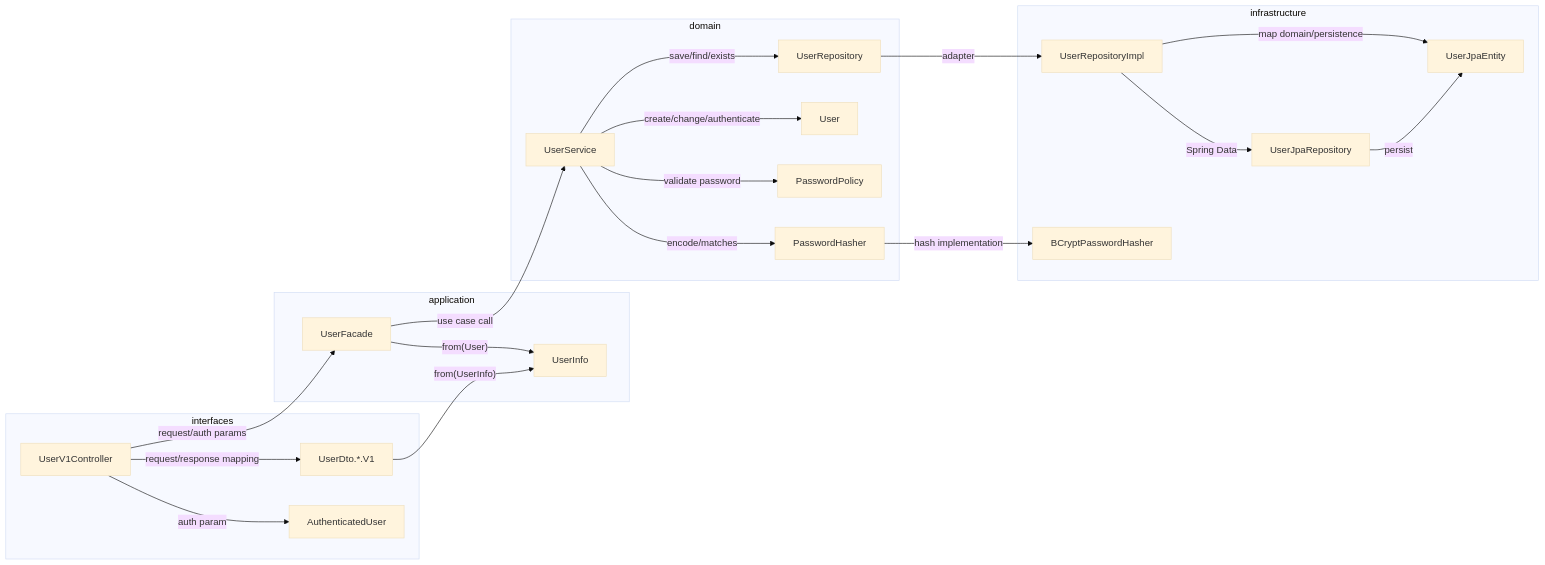
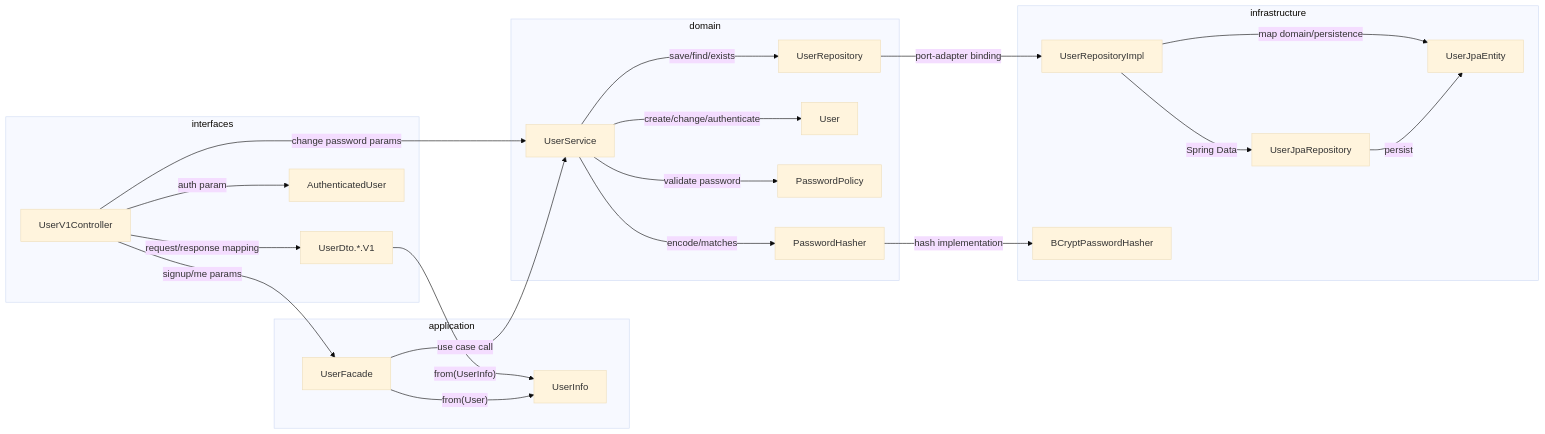
One commit to loopers-labs/loop-pack-be-l2-vol4-java changed the sixth of 6 diagrams in docs/week3/01-api-dependency-structure.md. Above: the diagram before and after it, drawn with Mermaid (base theme). The commit also changed other lines of this file and 2 other files, not shown here.

````diff
--- a/docs/week3/01-api-dependency-structure.md
+++ b/docs/week3/01-api-dependency-structure.md
@@ -405,47 +432,48 @@
 ```mermaid
 flowchart LR
     subgraph interfaces
         UserV1Controller
         UserDto["UserDto.*.V1"]
         AuthenticatedUser
     end
 
     subgraph application
         UserFacade
         UserInfo
     end
 
     subgraph domain
         UserService
         UserRepository
         User
         PasswordPolicy
         PasswordHasher
     end
 
     subgraph infrastructure
         UserRepositoryImpl
         UserJpaRepository
         UserJpaEntity
         BCryptPasswordHasher
     end
 
-    UserV1Controller -->|"request/auth params"| UserFacade
+    UserV1Controller -->|"signup/me params"| UserFacade
+    UserV1Controller -->|"change password params"| UserService
     UserV1Controller -->|"request/response mapping"| UserDto
     UserV1Controller -->|"auth param"| AuthenticatedUser
     UserDto -->|"from(UserInfo)"| UserInfo
 
     UserFacade -->|"use case call"| UserService
     UserFacade -->|"from(User)"| UserInfo
 
     UserService -->|"save/find/exists"| UserRepository
     UserService -->|"create/change/authenticate"| User
     UserService -->|"validate password"| PasswordPolicy
     UserService -->|"encode/matches"| PasswordHasher
 
-    UserRepository -->|"adapter"| UserRepositoryImpl
+    UserRepository -->|"port-adapter binding"| UserRepositoryImpl
     UserRepositoryImpl -->|"map domain/persistence"| UserJpaEntity
     UserRepositoryImpl -->|"Spring Data"| UserJpaRepository
     UserJpaRepository -->|"persist"| UserJpaEntity
     PasswordHasher -->|"hash implementation"| BCryptPasswordHasher
 ```
````
